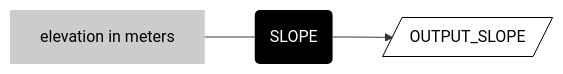
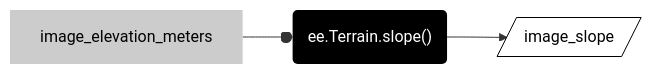
One commit to jeffhowarth/ee-edu changed the second of 4 diagrams in src/methods/terrain.md. Above: the diagram before and after it, drawn with Mermaid. The commit also changed other lines of this file and 29 other files, not shown here.

````diff
--- a/src/methods/terrain.md
+++ b/src/methods/terrain.md
@@ -89,20 +89,20 @@
 ``` mermaid
 graph LR
-  step02("SLOPE") ;
-  step03[/"OUTPUT_SLOPE"/]  ;
-  arg01["elevation in meters"] ;
+  step02("ee.Terrain.slope()") ;
+  step03[/"image_slope"/]  ;
+  arg01["image_elevation_meters"] ;
 
   step02 --> step03
-  arg01 --- step02
+  arg01 --o step02
 
 
   classDef in-out fill:#FFFFFF,stroke-width:1px,stroke: #000000, color:#000000; 
   classDef op fill:#000000,stroke-width:0px,color:#FFFFFF;
   classDef arg fill:#CCCCCC,stroke-width:0px,color:#000000;
   
 
   class step01 in-out; 
   class step02 op;
   class step03 in-out;
   class arg01 arg; 
 ```
````
